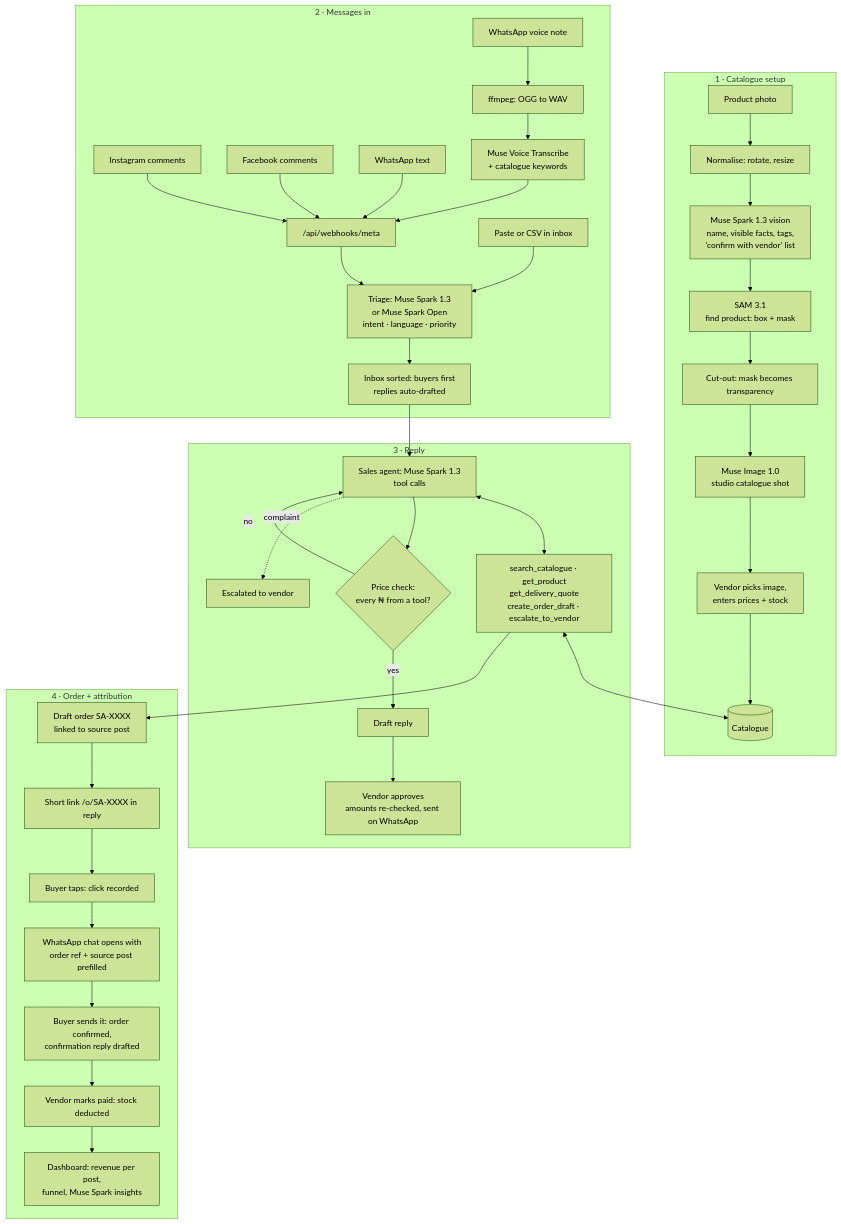
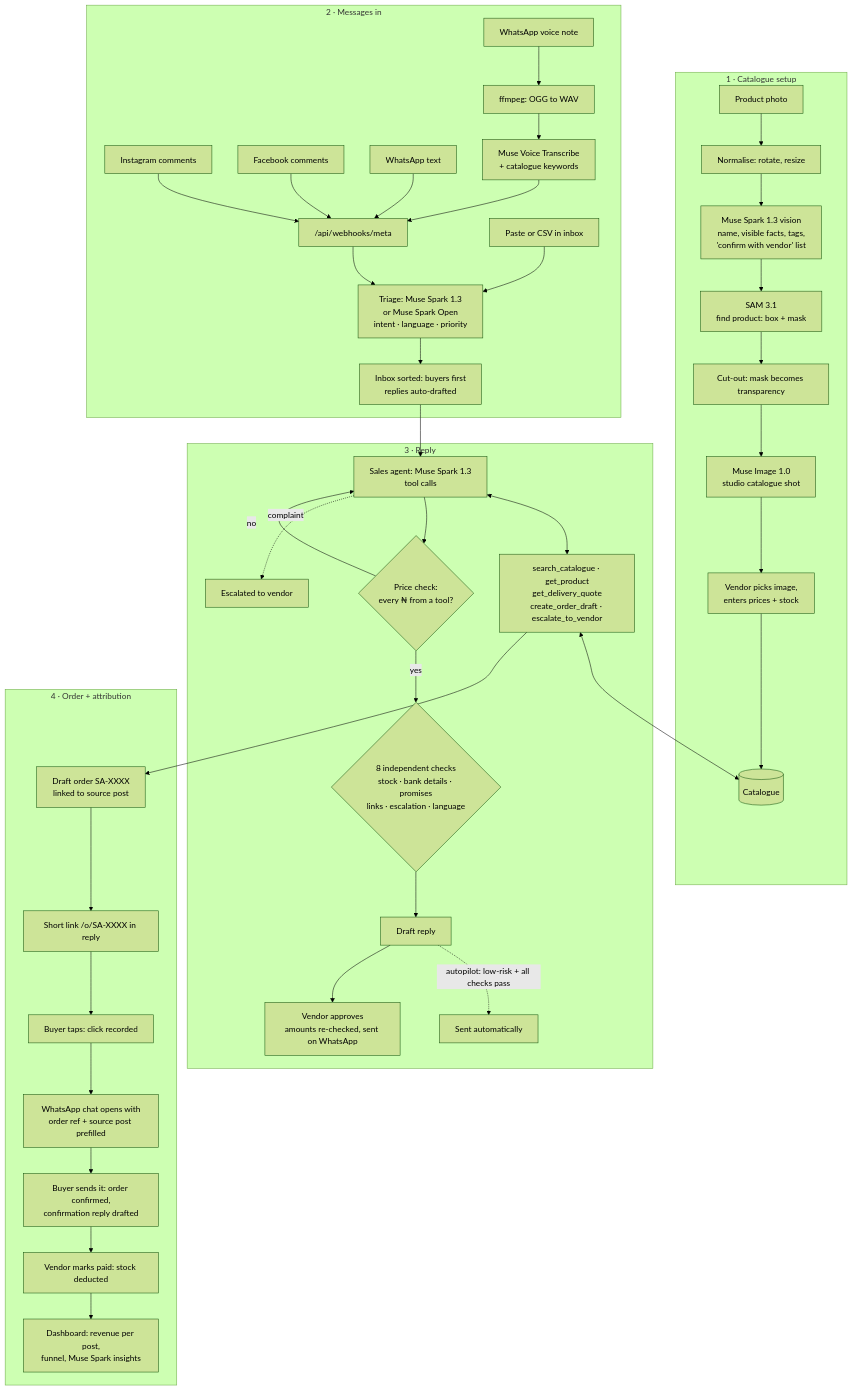
Before and after one commit to pheobeayo/sellai: the diagram in README.md, drawn with Mermaid (forest theme). The commit also changed other lines of this file and 20 other files, not shown here.

Commit message:
Reply checks, autopilot, 24-scenario agent eval (24/24)

````diff
--- a/README.md
+++ b/README.md
@@ -31,45 +31,47 @@
 ```mermaid
 flowchart TD
     subgraph A["1 · Catalogue setup"]
         P[Product photo] --> N[Normalise: rotate, resize]
         N --> D["Muse Spark 1.3 vision<br/>name, visible facts, tags,<br/>'confirm with vendor' list"]
         D --> S["SAM 3.1<br/>find product: box + mask"]
         S --> C[Cut-out: mask becomes transparency]
         C --> I["Muse Image 1.0<br/>studio catalogue shot"]
         I --> V["Vendor picks image,<br/>enters prices + stock"]
         V --> CAT[(Catalogue)]
     end
 
     subgraph B["2 · Messages in"]
         IG[Instagram comments] --> WH["/api/webhooks/meta"]
         FB[Facebook comments] --> WH
         WAT[WhatsApp text] --> WH
         WAV[WhatsApp voice note] --> FF[ffmpeg: OGG to WAV]
         FF --> TR["Muse Voice Transcribe<br/>+ catalogue keywords"]
         TR --> WH
         PASTE[Paste or CSV in inbox] --> T
         WH --> T["Triage: Muse Spark 1.3<br/>or Muse Spark Open<br/>intent · language · priority"]
         T --> INBOX["Inbox sorted: buyers first<br/>replies auto-drafted"]
     end
 
     subgraph R["3 · Reply"]
         INBOX --> AG["Sales agent: Muse Spark 1.3<br/>tool calls"]
         AG <--> TOOLS["search_catalogue · get_product<br/>get_delivery_quote<br/>create_order_draft · escalate_to_vendor"]
         TOOLS <--> CAT
         AG --> G{"Price check:<br/>every ₦ from a tool?"}
         G -- no --> AG
-        G -- yes --> DR[Draft reply]
+        G -- yes --> CHK{"8 independent checks<br/>stock · bank details · promises<br/>links · escalation · language"}
+        CHK --> DR[Draft reply]
+        DR -. "autopilot: low-risk + all checks pass" .-> AUTO[Sent automatically]
         DR --> AP["Vendor approves<br/>amounts re-checked, sent on WhatsApp"]
         AG -. complaint .-> ESC[Escalated to vendor]
     end
 
     subgraph O["4 · Order + attribution"]
         TOOLS --> ORD["Draft order SA-XXXX<br/>linked to source post"]
         ORD --> LNK["Short link /o/SA-XXXX in reply"]
         LNK --> CLK[Buyer taps: click recorded]
         CLK --> WA["WhatsApp chat opens with<br/>order ref + source post prefilled"]
         WA --> CONF["Buyer sends it: order confirmed,<br/>confirmation reply drafted"]
         CONF --> PAID[Vendor marks paid: stock deducted]
         PAID --> DASH["Dashboard: revenue per post,<br/>funnel, Muse Spark insights"]
     end
 ```
````
